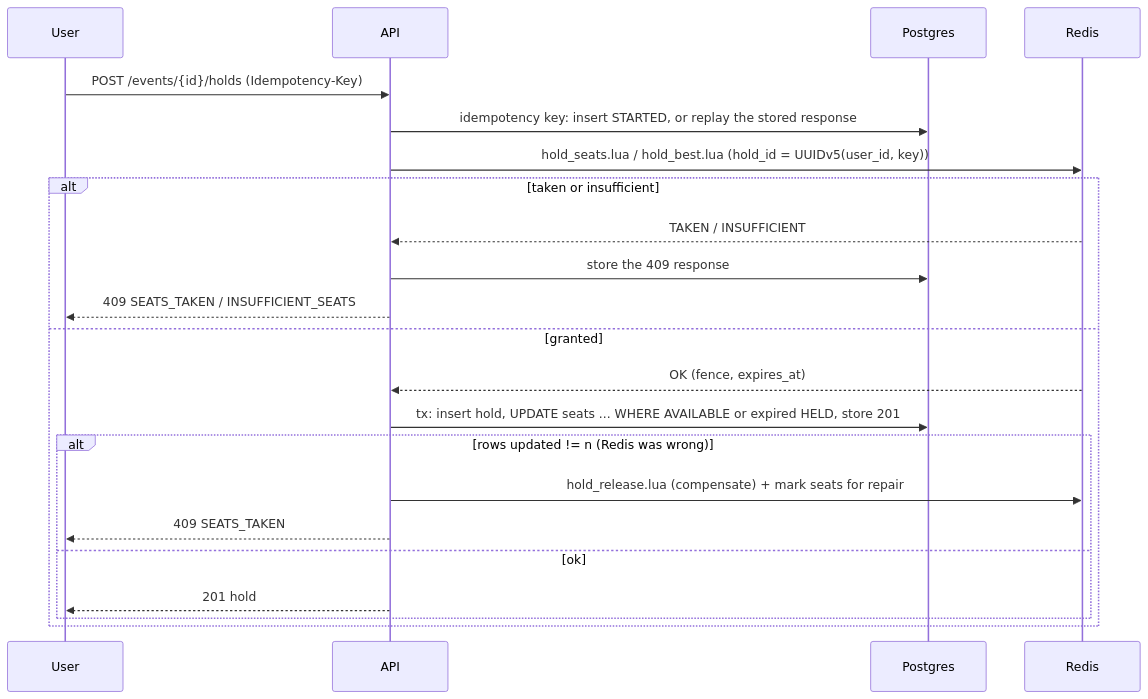
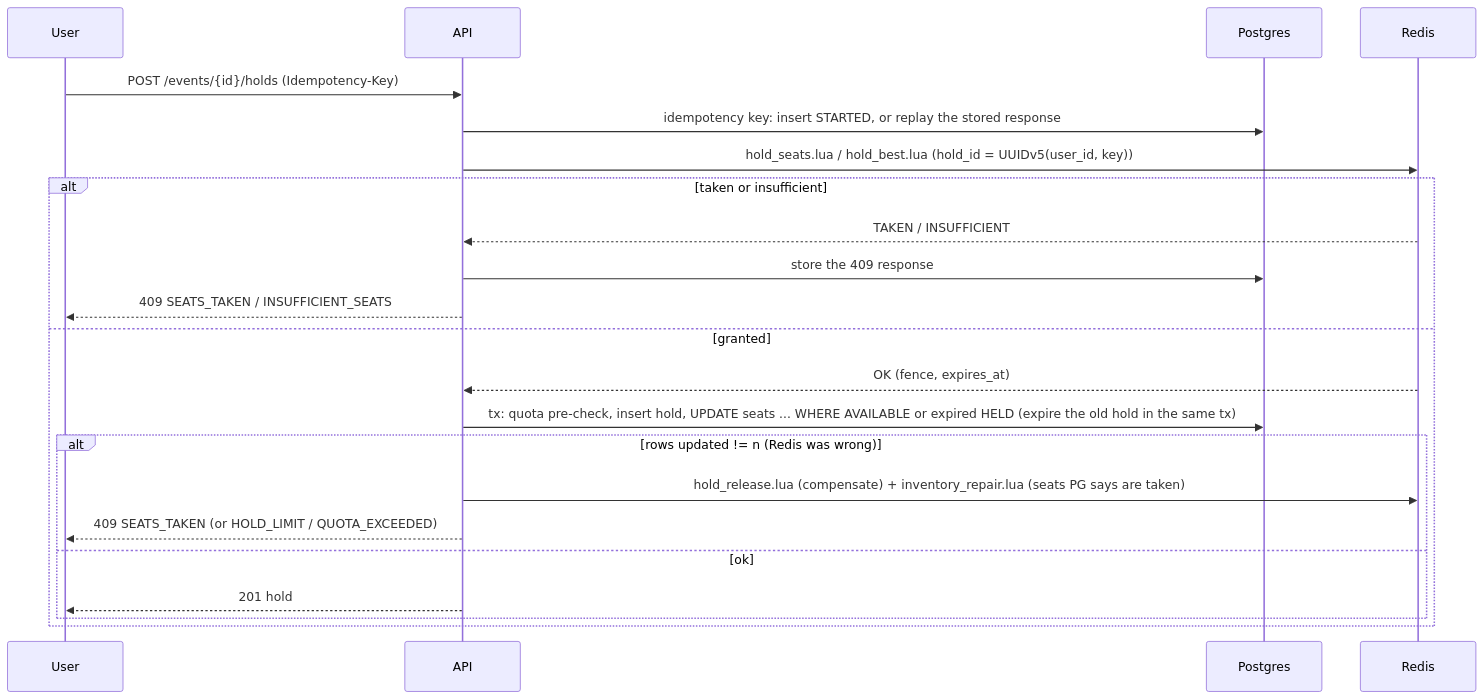
The third of 4 diagrams in docs/ARCHITECTURE.md (sheshakanthra/sluice), drawn with Mermaid before and after one commit. The commit also changed 49 other files, not shown here.

````diff
--- a/docs/ARCHITECTURE.md
+++ b/docs/ARCHITECTURE.md
@@ -75,24 +75,24 @@
 ```mermaid
 sequenceDiagram
   participant U as User
   participant API
   participant PG as Postgres
   participant R as Redis
   U->>API: POST /events/{id}/holds (Idempotency-Key)
   API->>PG: idempotency key: insert STARTED, or replay the stored response
   API->>R: hold_seats.lua / hold_best.lua (hold_id = UUIDv5(user_id, key))
   alt taken or insufficient
     R-->>API: TAKEN / INSUFFICIENT
     API->>PG: store the 409 response
     API-->>U: 409 SEATS_TAKEN / INSUFFICIENT_SEATS
   else granted
     R-->>API: OK (fence, expires_at)
-    API->>PG: tx: insert hold, UPDATE seats ... WHERE AVAILABLE or expired HELD, store 201
+    API->>PG: tx: quota pre-check, insert hold, UPDATE seats ... WHERE AVAILABLE or expired HELD (expire the old hold in the same tx)
     alt rows updated != n (Redis was wrong)
-      API->>R: hold_release.lua (compensate) + mark seats for repair
-      API-->>U: 409 SEATS_TAKEN
+      API->>R: hold_release.lua (compensate) + inventory_repair.lua (seats PG says are taken)
+      API-->>U: 409 SEATS_TAKEN (or HOLD_LIMIT / QUOTA_EXCEEDED)
     else ok
       API-->>U: 201 hold
     end
   end
 ```
````
